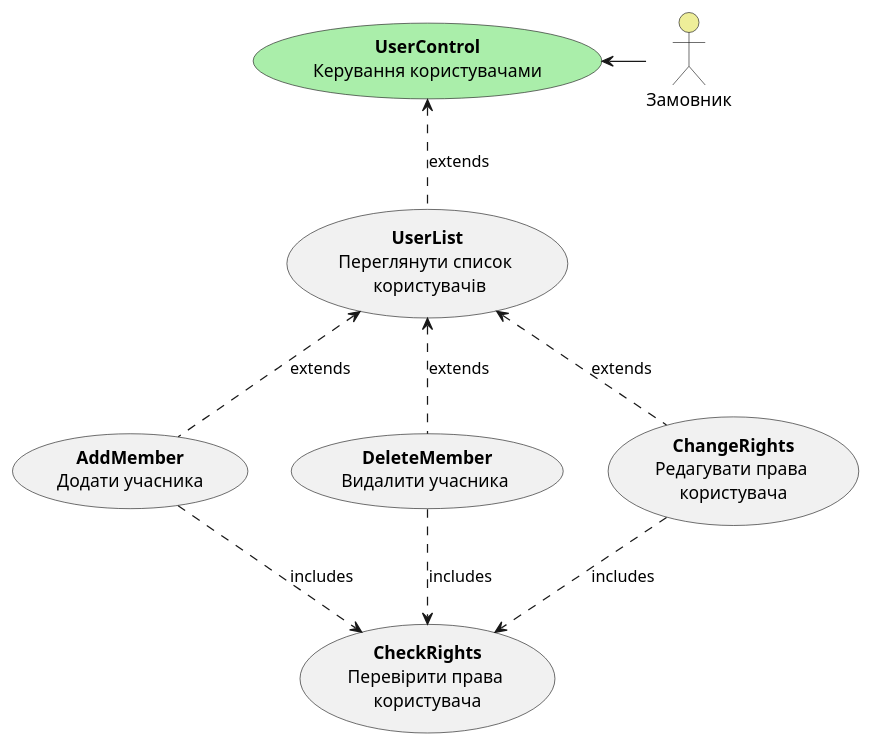
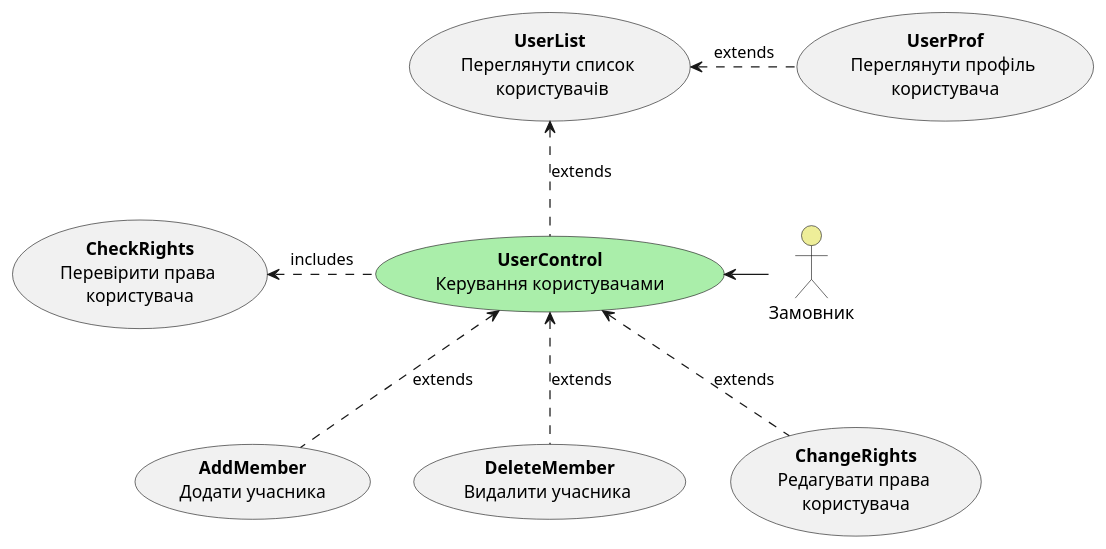
The second of 6 diagrams in docs/use cases/README.md (boldak/edu-db-cw), drawn with PlantUML before and after one commit. The commit also changed other lines of this file, not shown here.

Commit message:
added info + changed some uml

```diff
--- a/docs/use cases/README.md
+++ b/docs/use cases/README.md
@@ -43,29 +47,27 @@
 @startuml
 
-    
     usecase "<b>UserControl</b>\nКерування користувачами" as UserControl #aaeeaa
 
 
     actor "Замовник" as Customer #eeee99
 
 
     usecase "<b>AddMember</b>\nДодати учасника" as AddMember
     usecase "<b>DeleteMember</b>\nВидалити учасника " as DeleteMember
     usecase "<b>ChangeRights</b>\nРедагувати права \nкористувача" as ChangeRights
+    usecase "<b>UserProf</b>\nПереглянути профіль \nкористувача" as UserProf
     
     usecase "<b>UserList</b>\nПереглянути список \n користувачів" as UserList
     usecase "<b>CheckRights</b>\nПеревірити права \nкористувача" as CheckRights
     Customer -l-> UserControl
     
     
-    UserList .u.> UserControl: extends
-    AddMember .u.> UserList: extends
-    DeleteMember .u.> UserList: extends
-    ChangeRights .u.> UserList: extends
+    UserControl .u.> UserList: extends
+    AddMember .u.> UserControl: extends
+    DeleteMember .u.> UserControl: extends
+    ChangeRights .u.> UserControl: extends
+    UserProf .l.> UserList: extends
     
-    AddMember .d.> CheckRights: includes
-    DeleteMember .d.> CheckRights: includes
-    ChangeRights .d.> CheckRights: includes
-    
+    UserControl .l.> CheckRights: includes
 
 @enduml
```
